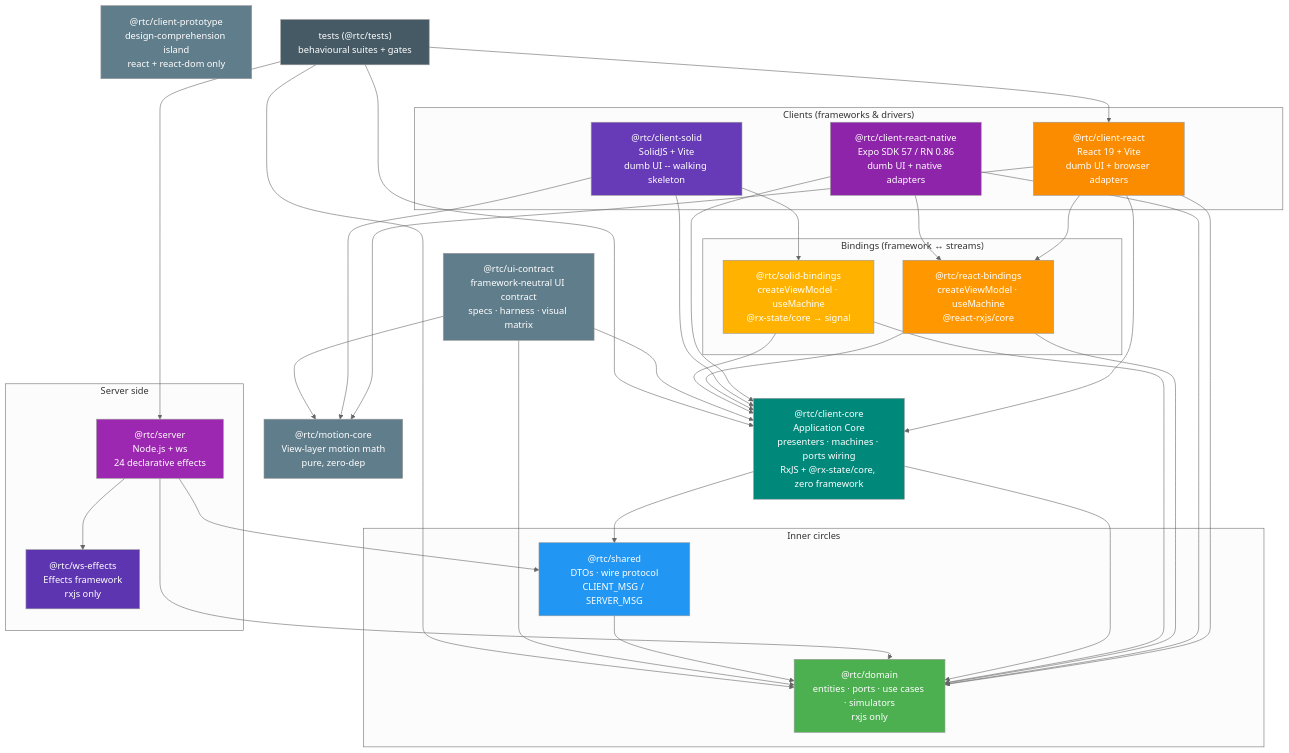
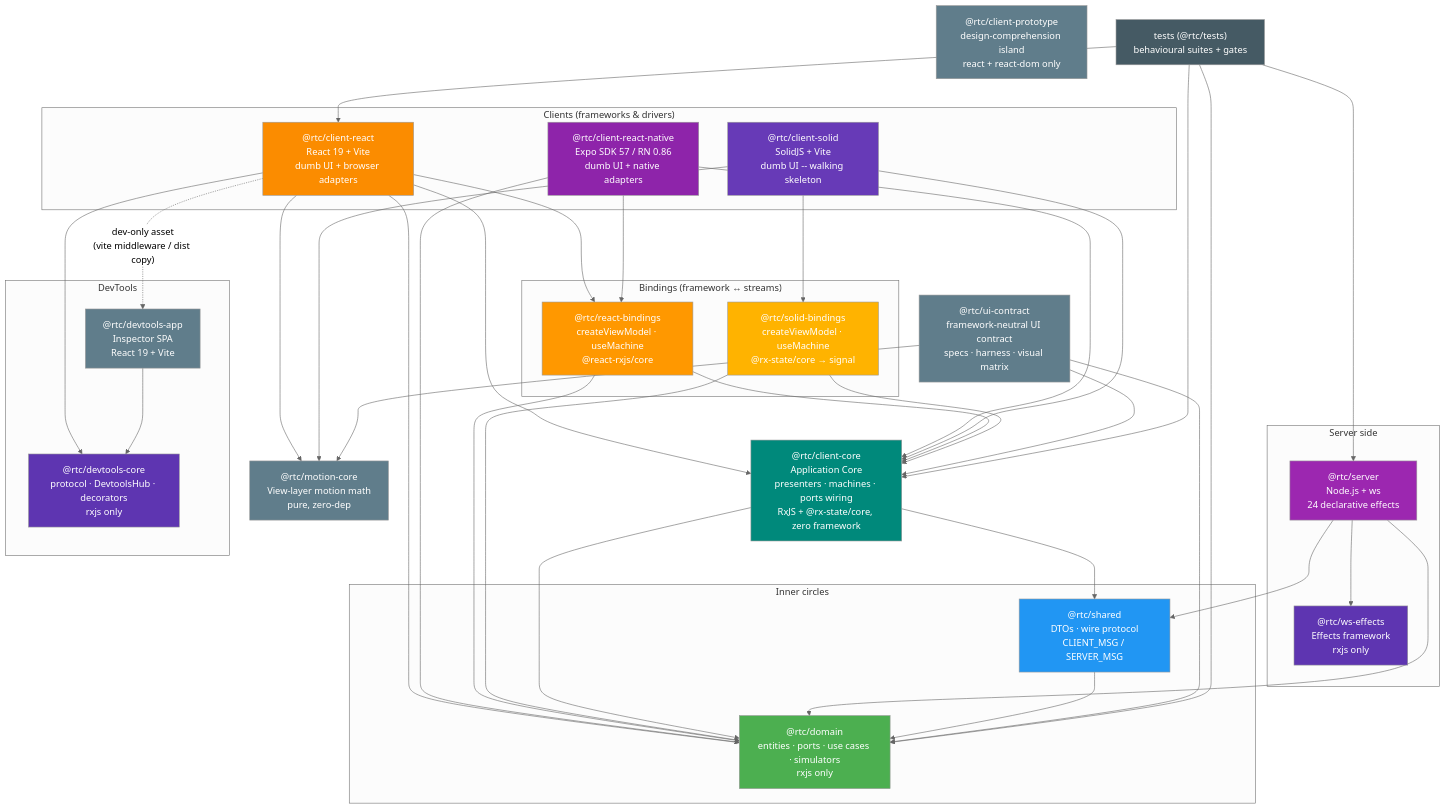
One commit to bettersoftware-io/ReactiveTraderCloudClone changed the diagram in docs/architecture/06-package-dependencies.md. Above: the diagram before and after it, drawn with Mermaid (neutral theme). The commit also changed other lines of this file and 6 other files, not shown here.

First line of the commit message:
docs(devtools): architecture §20, dependency graph, codebase map, READMEs, CLAUDE.md

````diff
--- a/docs/architecture/06-package-dependencies.md
+++ b/docs/architecture/06-package-dependencies.md
@@ -24,6 +24,11 @@
         wse["@rtc/ws-effects\nEffects framework\nrxjs only"]
     end
 
+    subgraph devtools["DevTools"]
+        dtcore["@rtc/devtools-core\nprotocol · DevtoolsHub · decorators\nrxjs only"]
+        dtapp["@rtc/devtools-app\nInspector SPA\nReact 19 + Vite"]
+    end
+
     subgraph inner["Inner circles"]
         shared["@rtc/shared\nDTOs · wire protocol\nCLIENT_MSG / SERVER_MSG"]
         domain["@rtc/domain\nentities · ports · use cases · simulators\nrxjs only"]
@@ -38,6 +43,9 @@
     webc --> core
     webc --> domain
     webc --> motion
+    webc --> dtcore
+    webc -.->|"dev-only asset\n(vite middleware / dist copy)"| dtapp
+    dtapp --> dtcore
     rnc --> rb
     rnc --> core
     rnc --> domain
@@ -76,4 +84,6 @@
     style solidc fill:#673AB7,color:#fff
     style sb fill:#FFB300,color:#fff
     style tests fill:#455A64,color:#fff
+    style dtcore fill:#5E35B1,color:#fff
+    style dtapp fill:#607D8B,color:#fff
 ```
````
